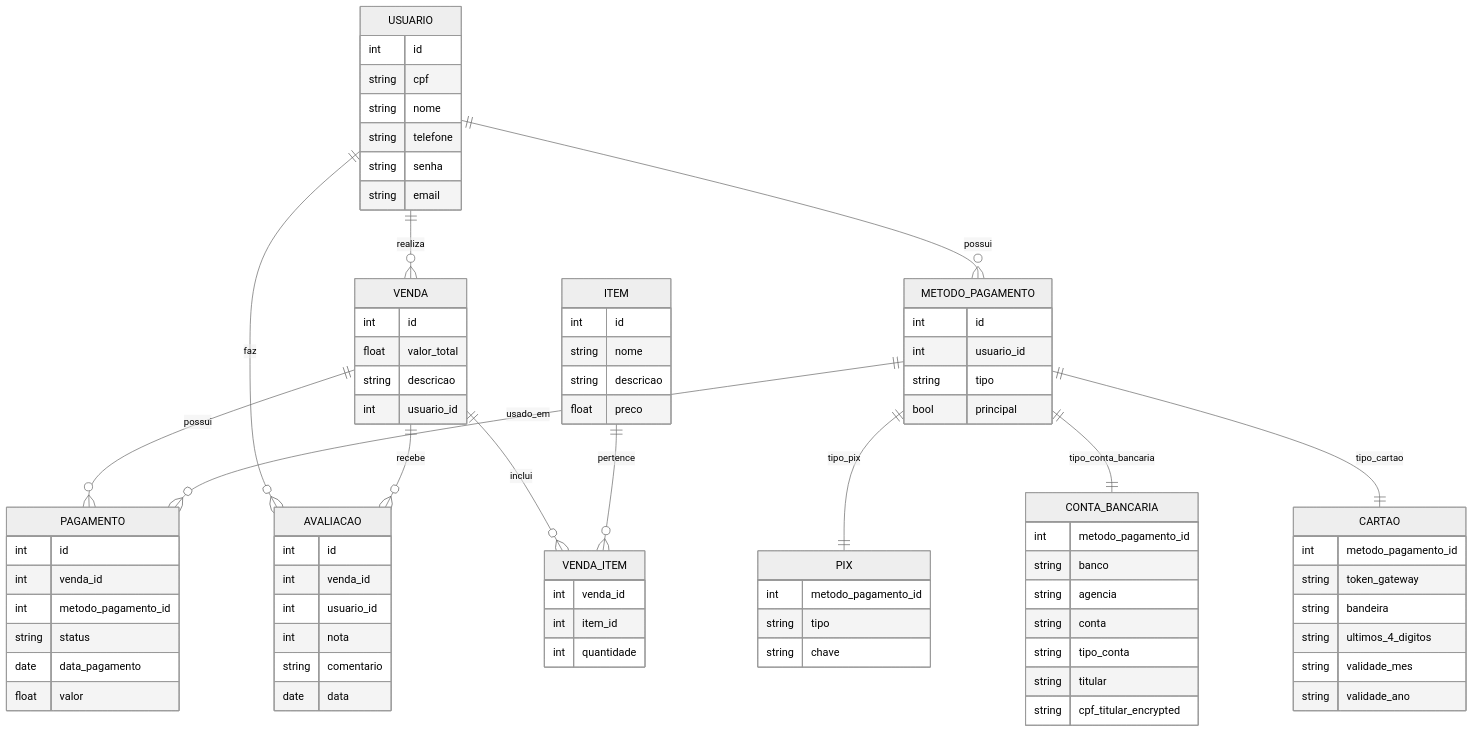
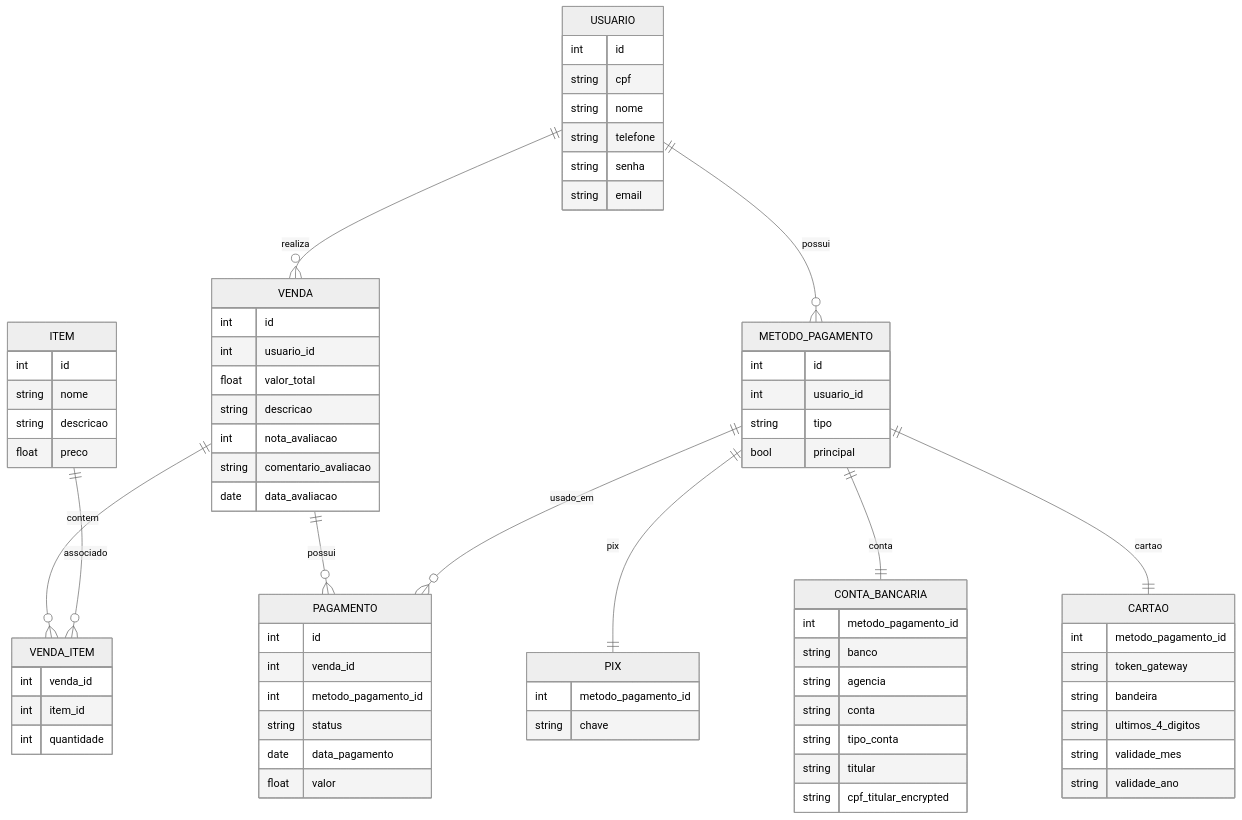
Before and after one commit to Antonio-BNeto/web-2-programming-ufcg: the diagram in README.md, drawn with Mermaid (neutral theme). The commit also changed other lines of this file, not shown here.

````diff
--- a/README.md
+++ b/README.md
@@ -130,18 +91,21 @@
         string email
     }
 
-    VENDA {
-        int id
-        float valor_total
-        string descricao
-        int usuario_id
-    }
-
     ITEM {
         int id
         string nome
         string descricao
         float preco
+    }
+
+    VENDA {
+        int id
+        int usuario_id
+        float valor_total
+        string descricao
+        int nota_avaliacao
+        string comentario_avaliacao
+        date data_avaliacao
     }
 
     VENDA_ITEM {
@@ -168,7 +132,6 @@
 
     PIX {
         int metodo_pagamento_id
-        string tipo
         string chave
     }
 
@@ -191,28 +154,17 @@
         string validade_ano
     }
 
-    AVALIACAO {
-        int id
-        int venda_id
-        int usuario_id
-        int nota
-        string comentario
-        date data
-    }
-
     USUARIO ||--o{ VENDA : realiza
     USUARIO ||--o{ METODO_PAGAMENTO : possui
-    USUARIO ||--o{ AVALIACAO : faz
 
+    VENDA ||--o{ VENDA_ITEM : contem
     VENDA ||--o{ PAGAMENTO : possui
-    VENDA ||--o{ AVALIACAO : recebe
-    VENDA ||--o{ VENDA_ITEM : inclui
 
-    ITEM ||--o{ VENDA_ITEM : pertence
+    ITEM ||--o{ VENDA_ITEM : associado
 
-    METODO_PAGAMENTO ||--|| PIX : tipo_pix
-    METODO_PAGAMENTO ||--|| CONTA_BANCARIA : tipo_conta_bancaria
-    METODO_PAGAMENTO ||--|| CARTAO : tipo_cartao
+    METODO_PAGAMENTO ||--|| PIX : pix
+    METODO_PAGAMENTO ||--|| CONTA_BANCARIA : conta
+    METODO_PAGAMENTO ||--|| CARTAO : cartao
 
     METODO_PAGAMENTO ||--o{ PAGAMENTO : usado_em
 ```
````
